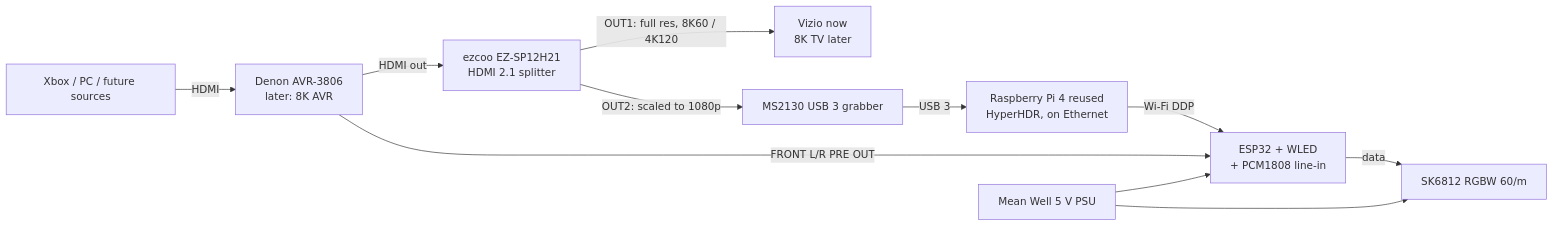
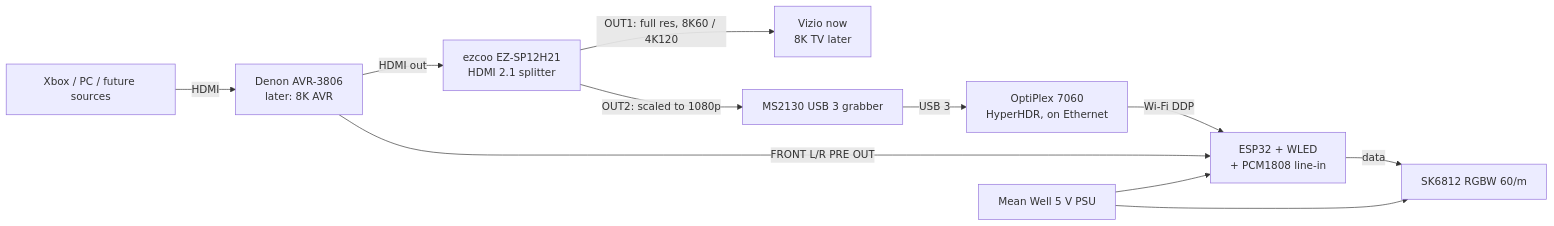
The diagram in entertainment/light-build/README.md (CamdenThomas/Home), drawn with Mermaid before and after one commit. The commit also changed other lines of this file, not shown here.

First line of the commit message:
Light build: run HyperHDR on the OptiPlex, drop the Pi

````diff
--- a/entertainment/light-build/README.md
+++ b/entertainment/light-build/README.md
@@ -26,13 +26,13 @@
 ```mermaid
 flowchart LR
     SRC[Xbox / PC / future sources] -- HDMI --> AVR[Denon AVR-3806<br/>later: 8K AVR]
     AVR -- HDMI out --> SP[ezcoo EZ-SP12H21<br/>HDMI 2.1 splitter]
     SP -- "OUT1: full res, 8K60 / 4K120" --> TV[Vizio now<br/>8K TV later]
     SP -- "OUT2: scaled to 1080p" --> CAP[MS2130 USB 3 grabber]
-    CAP -- USB 3 --> HOST[Raspberry Pi 4 reused<br/>HyperHDR, on Ethernet]
+    CAP -- USB 3 --> HOST[OptiPlex 7060<br/>HyperHDR, on Ethernet]
     HOST -- "Wi-Fi DDP" --> ESP[ESP32 + WLED<br/>+ PCM1808 line-in]
     AVR -- "FRONT L/R PRE OUT" --> ESP
     ESP -- data --> LED[SK6812 RGBW 60/m]
     PSU[Mean Well 5 V PSU] --> LED
     PSU --> ESP
 ```
````
